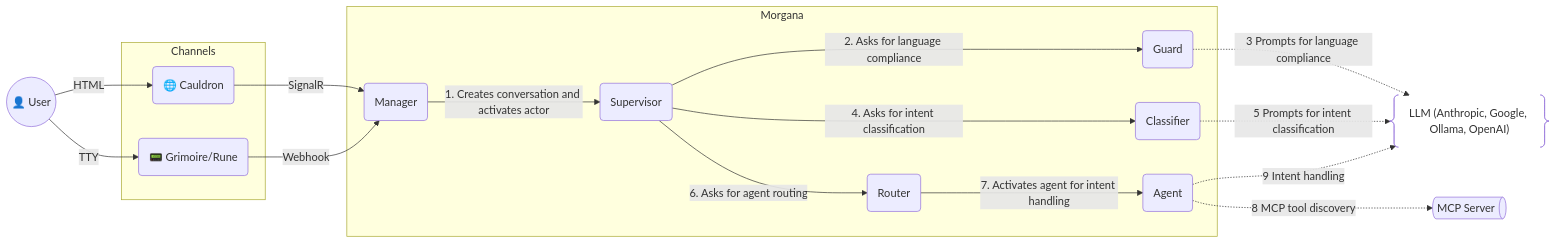
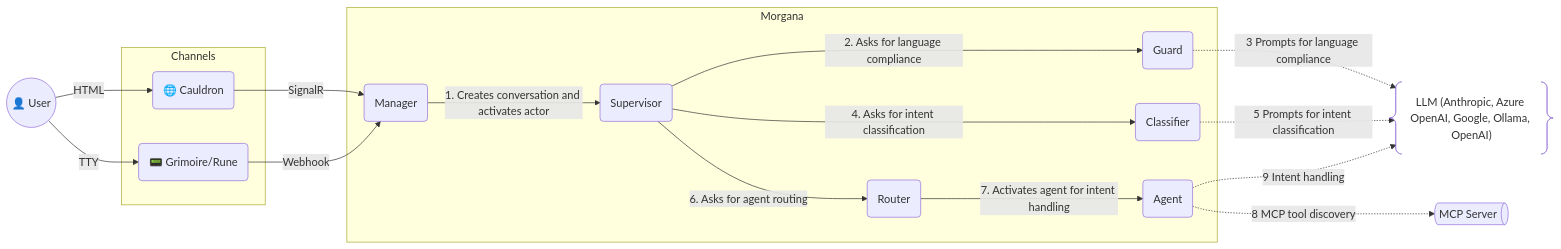
Before and after one commit to mdesalvo/Morgana: the first of 2 diagrams in README.md, drawn with Mermaid. The commit also changed 17 other files, not shown here.

First line of the commit message:
Azure OpenAI returns as a provider whose ModelId is the deployment name and whose price list is empty

````diff
--- a/README.md
+++ b/README.md
@@ -50,42 +50,42 @@
 ```mermaid
 graph LR
   U@{shape: circle, label: "👤 User"}
 
   %% Channels (reference clients, out-of-the-box)
   subgraph Channels["Channels"]
     CLD@{shape: rounded, label: "🌐 Cauldron"}
     RUN@{shape: rounded, label: "📟 Grimoire/Rune"}
   end
 
   %% Backend boundary
   subgraph Morgana["Morgana"]
     CM@{shape: rounded, label: "Manager"}
     SV@{shape: rounded, label: "Supervisor"}
 
     G@{shape: rounded, label: "Guard"}
     C@{shape: rounded, label: "Classifier"}
     R@{shape: rounded, label: "Router"}
     MA@{shape: rounded, label: "Agent"}
   end
 
   %% User → Channel
   U -- HTML --> CLD
   U -- TTY --> RUN
 
   %% Channel → BE
   CLD -- SignalR --> CM
   RUN -- Webhook --> CM
   CM -- 1. Creates conversation and activates actor --> SV
 
   %% Internal BE flow
   SV -- 2. Asks for language compliance --> G
   SV -- 4. Asks for intent classification --> C
   SV -- 6. Asks for agent routing --> R
   R -- 7. Activates agent for intent handling --> MA
 
   %% External systems
-  G -. 3 Prompts for language compliance .-> LLM@{shape: braces, label: "LLM (Anthropic, Google, Ollama, OpenAI)"}
+  G -. 3 Prompts for language compliance .-> LLM@{shape: braces, label: "LLM (Anthropic, Azure OpenAI, Google, Ollama, OpenAI)"}
   C -. 5 Prompts for intent classification .-> LLM
   MA -. 8 MCP tool discovery .-> MCP@{shape: das, label: "MCP Server"}
   MA -. 9 Intent handling .-> LLM
 ```
````
